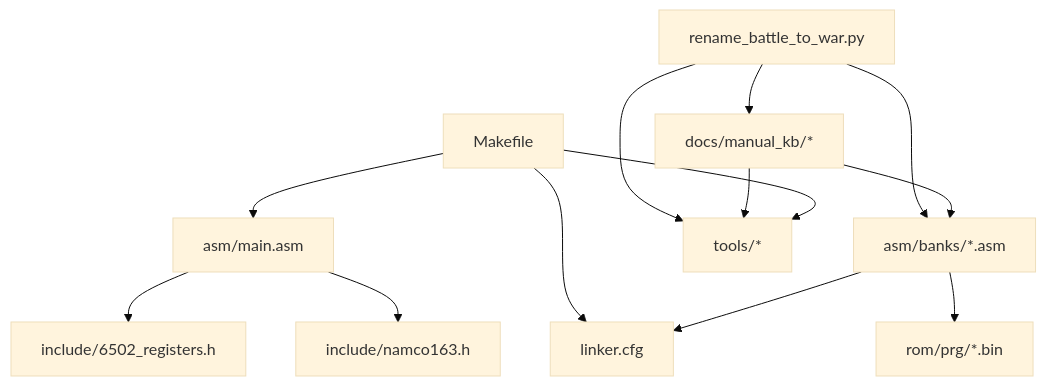
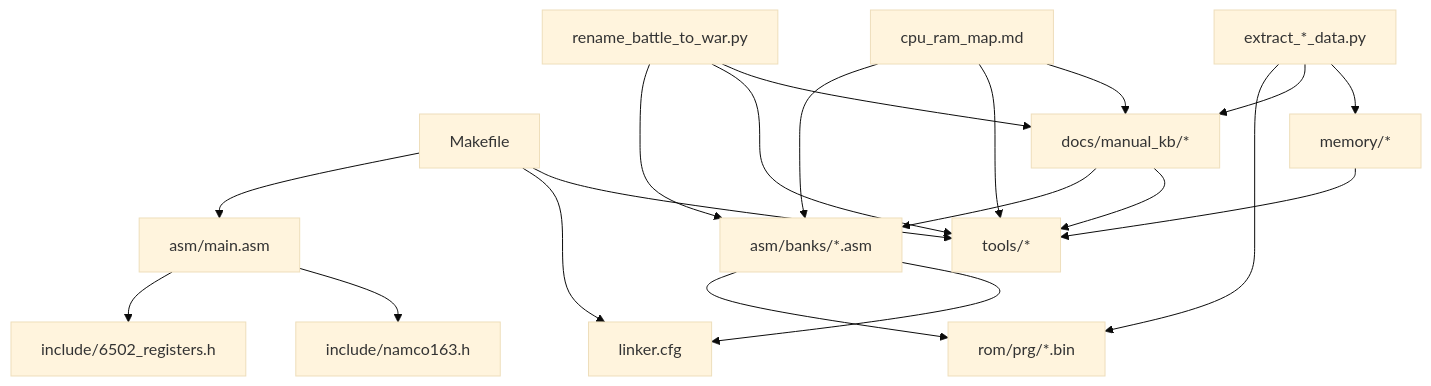
Before and after one commit to rabbyzero/sango2dasm: diagram 13 of 13 in .qoder/repowiki/en/content/Project Overview/Project Overview.md, drawn with Mermaid (base theme). The commit also changed other lines of this file and 7 other files, not shown here.

````diff
--- a/.qoder/repowiki/en/content/Project Overview/Project Overview.md
+++ b/.qoder/repowiki/en/content/Project Overview/Project Overview.md
@@ -452,25 +614,35 @@
 ```mermaid
 graph TB
 MAIN["asm/main.asm"]
 REG["include/6502_registers.h"]
 MAP["include/namco163.h"]
 LCFG["linker.cfg"]
 STUBS["asm/banks/*.asm"]
 ROM["rom/prg/*.bin"]
 MK["Makefile"]
 TOOLS["tools/*"]
 KB["docs/manual_kb/*"]
+MEMORY["memory/*"]
 RENAME["rename_battle_to_war.py"]
+EXTRACT["extract_*_data.py"]
+MEMMAP["cpu_ram_map.md"]
 MAIN --> REG
 MAIN --> MAP
 STUBS --> ROM
 STUBS --> LCFG
 MK --> MAIN
 MK --> LCFG
 MK --> TOOLS
 KB --> STUBS
 KB --> TOOLS
+MEMORY --> TOOLS
 RENAME --> STUBS
 RENAME --> TOOLS
 RENAME --> KB
+EXTRACT --> ROM
+EXTRACT --> KB
+EXTRACT --> MEMORY
+MEMMAP --> STUBS
+MEMMAP --> TOOLS
+MEMMAP --> KB
 ```
````
